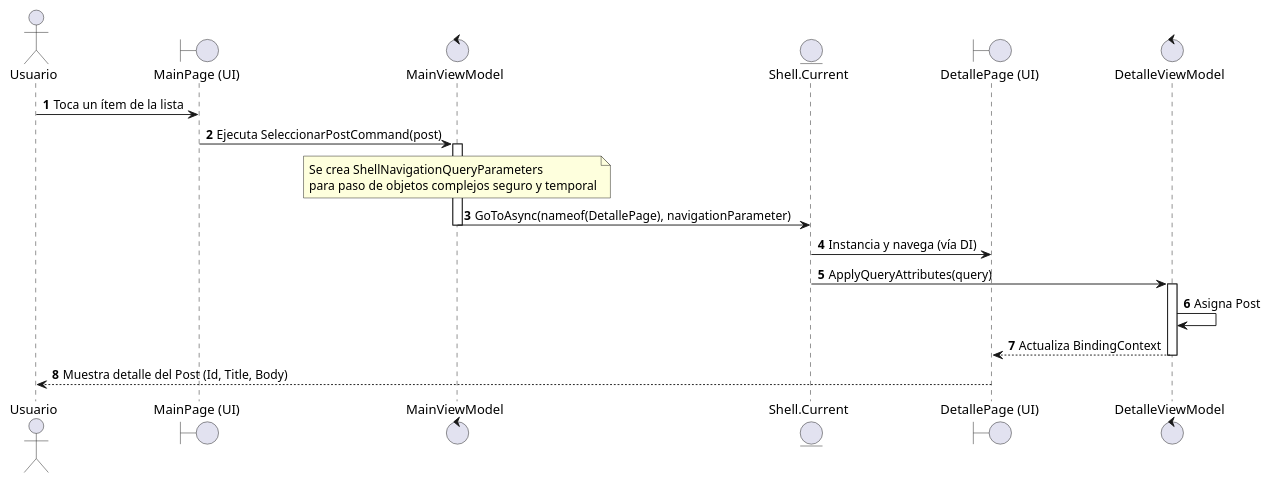
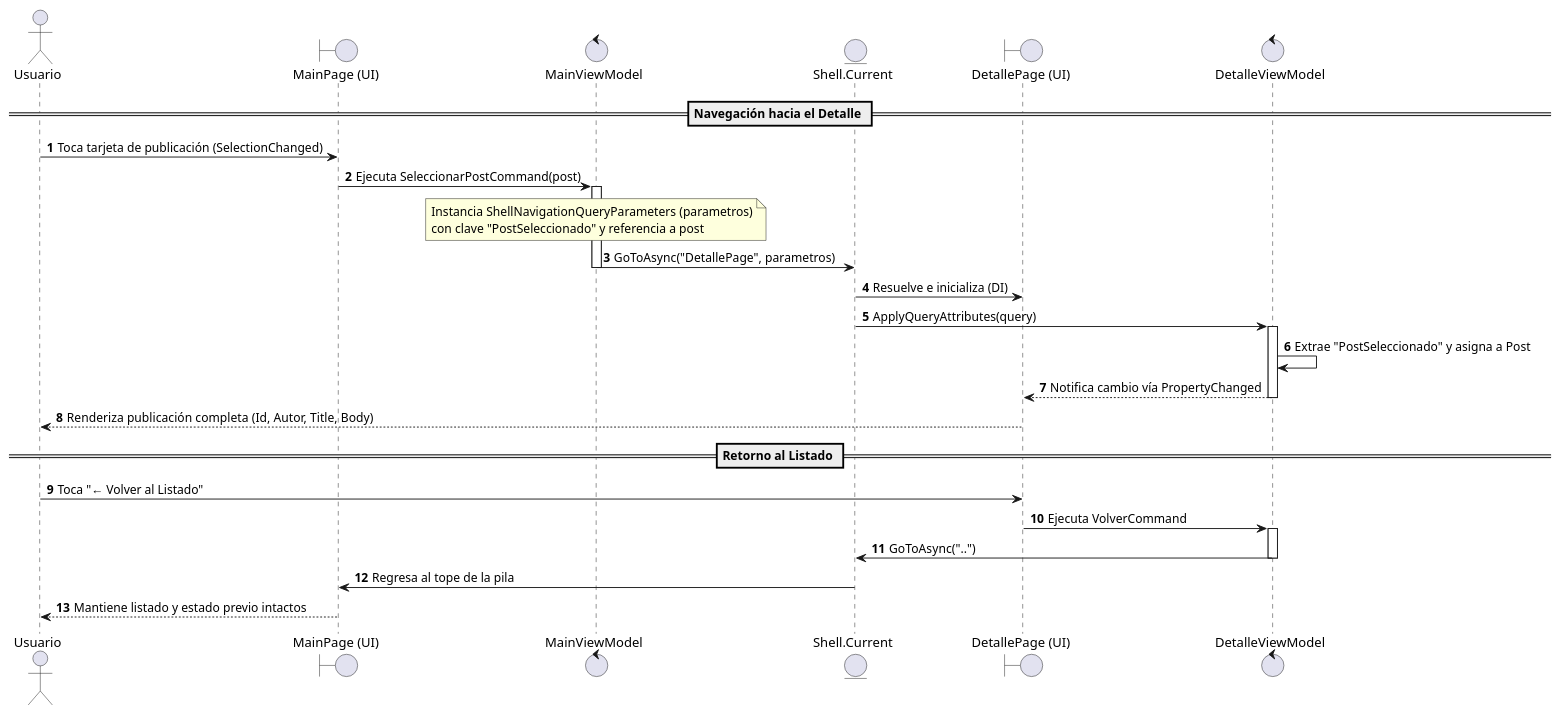
Before and after one commit to fioremos/UCES-DAMII-DevPosts-KalapujMosca: the diagram in docs/navegacion_secuencia.puml, drawn with PlantUML. The commit also changed 4 other files, not shown here.

Commit message:
docs: actualizar README con CommunityToolkit.Mvvm y alinear precisión de tipos y parámetros en diagramas PlantUML

```diff
--- a/docs/navegacion_secuencia.puml
+++ b/docs/navegacion_secuencia.puml
@@ -1,30 +1,41 @@
 @startuml flujo_navegacion_parametros
 autonumber
 actor Usuario
 boundary MainPage as "MainPage (UI)"
 control MainViewModel as "MainViewModel"
 entity Shell as "Shell.Current"
 boundary DetallePage as "DetallePage (UI)"
 control DetalleViewModel as "DetalleViewModel"
 
-Usuario -> MainPage : Toca un ítem de la lista
+== Navegación hacia el Detalle ==
+Usuario -> MainPage : Toca tarjeta de publicación (SelectionChanged)
 MainPage -> MainViewModel : Ejecuta SeleccionarPostCommand(post)
 activate MainViewModel
 
 note over MainViewModel
-  Se crea ShellNavigationQueryParameters
-  para paso de objetos complejos seguro y temporal
+  Instancia ShellNavigationQueryParameters (parametros)
+  con clave "PostSeleccionado" y referencia a post
 end note
 
-MainViewModel -> Shell : GoToAsync(nameof(DetallePage), navigationParameter)
+MainViewModel -> Shell : GoToAsync("DetallePage", parametros)
 deactivate MainViewModel
 
-Shell -> DetallePage : Instancia y navega (vía DI)
+Shell -> DetallePage : Resuelve e inicializa (DI)
 Shell -> DetalleViewModel : ApplyQueryAttributes(query)
 activate DetalleViewModel
-DetalleViewModel -> DetalleViewModel : Asigna Post
-DetalleViewModel --> DetallePage : Actualiza BindingContext
+DetalleViewModel -> DetalleViewModel : Extrae "PostSeleccionado" y asigna a Post
+DetalleViewModel --> DetallePage : Notifica cambio vía PropertyChanged
 deactivate DetalleViewModel
 
-DetallePage --> Usuario : Muestra detalle del Post (Id, Title, Body)
+DetallePage --> Usuario : Renderiza publicación completa (Id, Autor, Title, Body)
+
+== Retorno al Listado ==
+Usuario -> DetallePage : Toca "← Volver al Listado"
+DetallePage -> DetalleViewModel : Ejecuta VolverCommand
+activate DetalleViewModel
+DetalleViewModel -> Shell : GoToAsync("..")
+deactivate DetalleViewModel
+
+Shell -> MainPage : Regresa al tope de la pila
+MainPage --> Usuario : Mantiene listado y estado previo intactos
 @enduml
```
